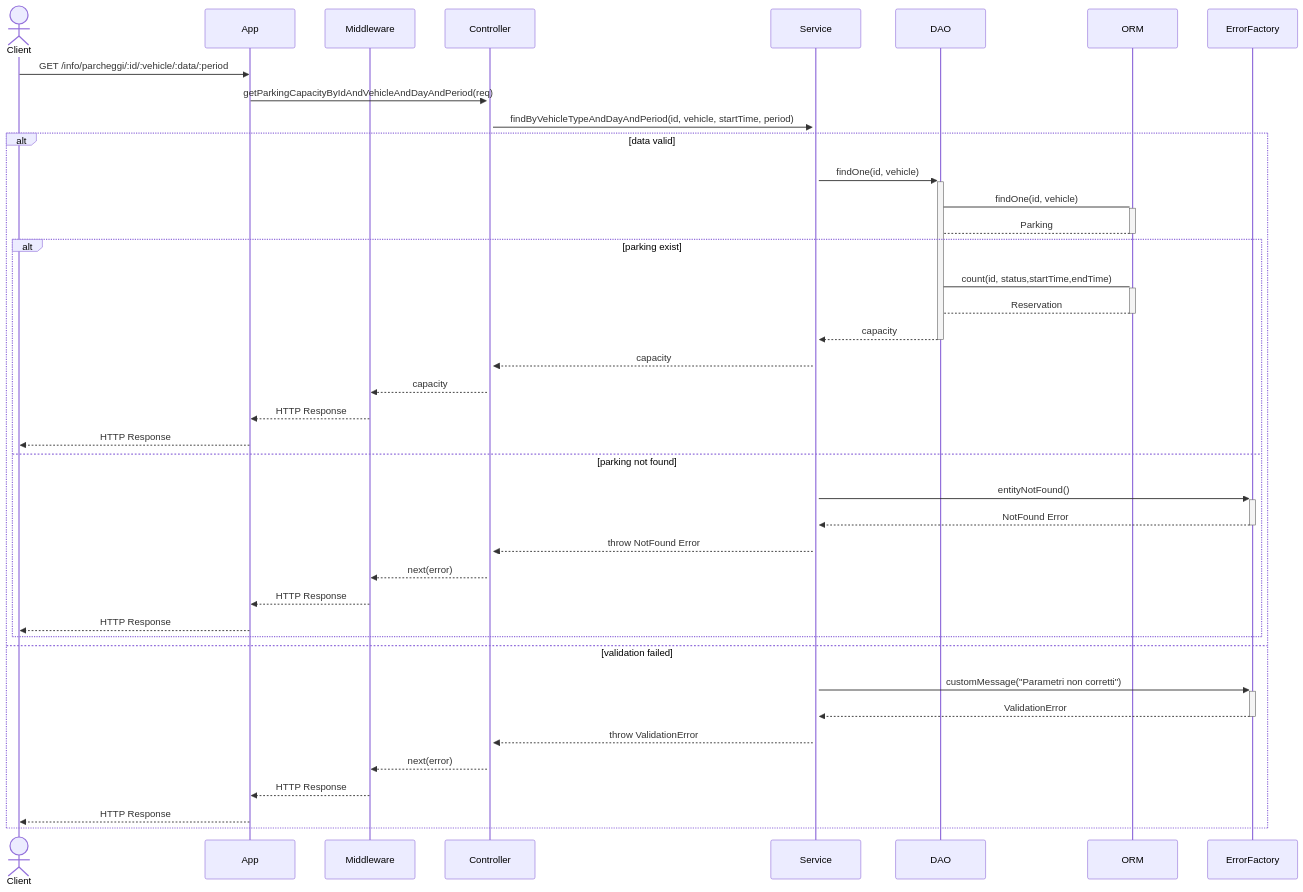
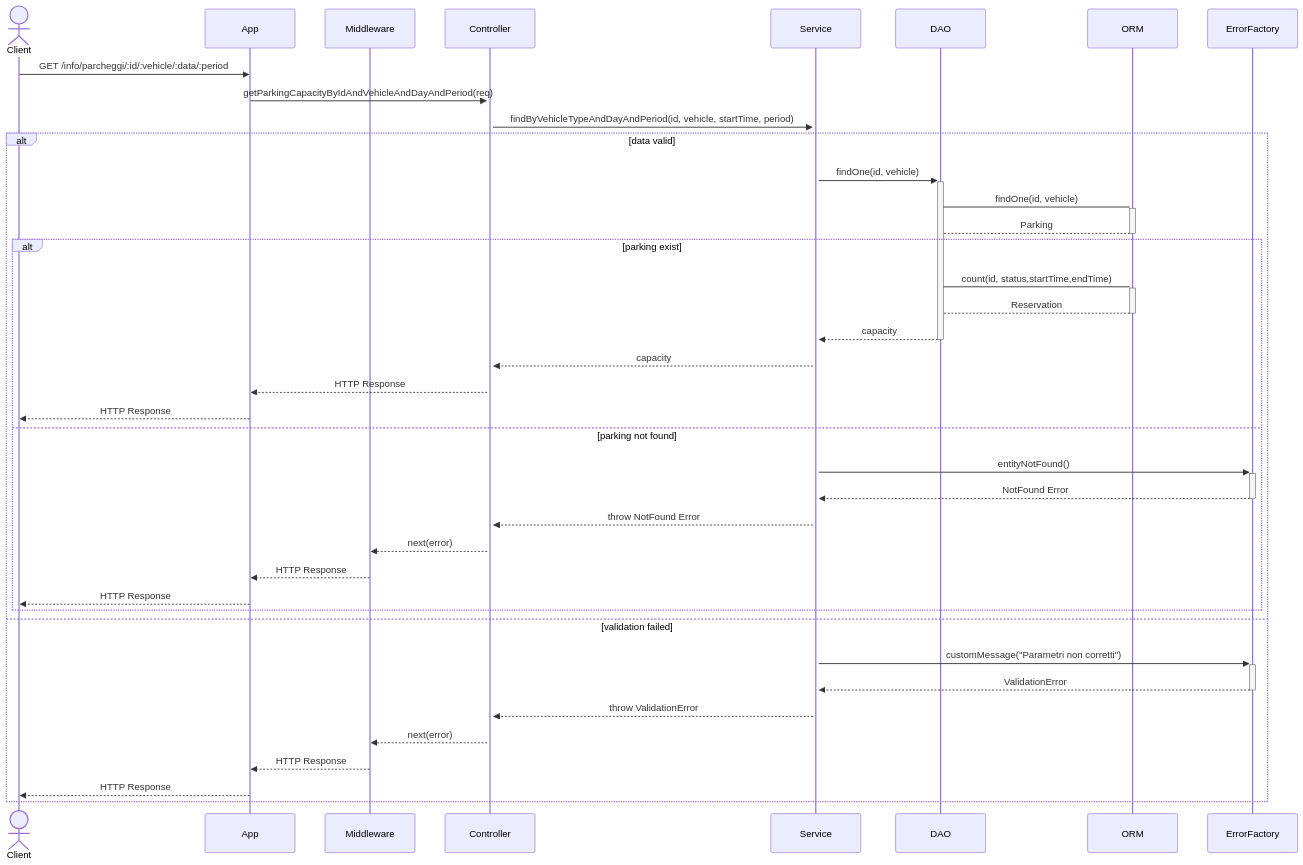
One commit to niccolociotti/parking_PA changed the ninth of 14 diagrams in README.md. Above: the diagram before and after it, drawn with Mermaid. The commit also changed other lines of this file, not shown here.

````diff
--- a/README.md
+++ b/README.md
@@ -574,44 +576,43 @@
 ```mermaid
 sequenceDiagram
     actor Client
     participant App
     participant Middleware
     participant Controller
     participant Service
     participant DAO
     participant ORM
     participant ErrorFactory
 
     Client->>App: GET /info/parcheggi/:id/:vehicle/:data/:period
     App->>+Controller: getParkingCapacityByIdAndVehicleAndDayAndPeriod(req)
     Controller->>+Service: findByVehicleTypeAndDayAndPeriod(id, vehicle, startTime, period)
     alt data valid     
       Service->>+DAO: findOne(id, vehicle)
       DAO->+ORM: findOne(id, vehicle)
       ORM-->-DAO: Parking
       alt parking exist
         DAO->+ORM: count(id, status,startTime,endTime)
         ORM-->-DAO: Reservation
         DAO-->>-Service: capacity
         Service-->>Controller: capacity
-        Controller-->>Middleware: capacity
-        Middleware-->>App: HTTP Response
+        Controller-->>App: HTTP Response
         App-->>Client: HTTP Response
       else parking not found
         Service->>+ErrorFactory: entityNotFound()
         ErrorFactory-->>-Service: NotFound Error
         Service-->>Controller: throw NotFound Error
         Controller-->>Middleware: next(error)
         Middleware-->>App: HTTP Response
         App-->>Client: HTTP Response
       end
     else validation failed
         Service->>+ErrorFactory: customMessage("Parametri non corretti")
         ErrorFactory-->>-Service: ValidationError
         Service-->>Controller: throw ValidationError
         Controller-->>Middleware: next(error)
         Middleware-->>App: HTTP Response
         App-->>Client: HTTP Response
     end
 
 ```
````
